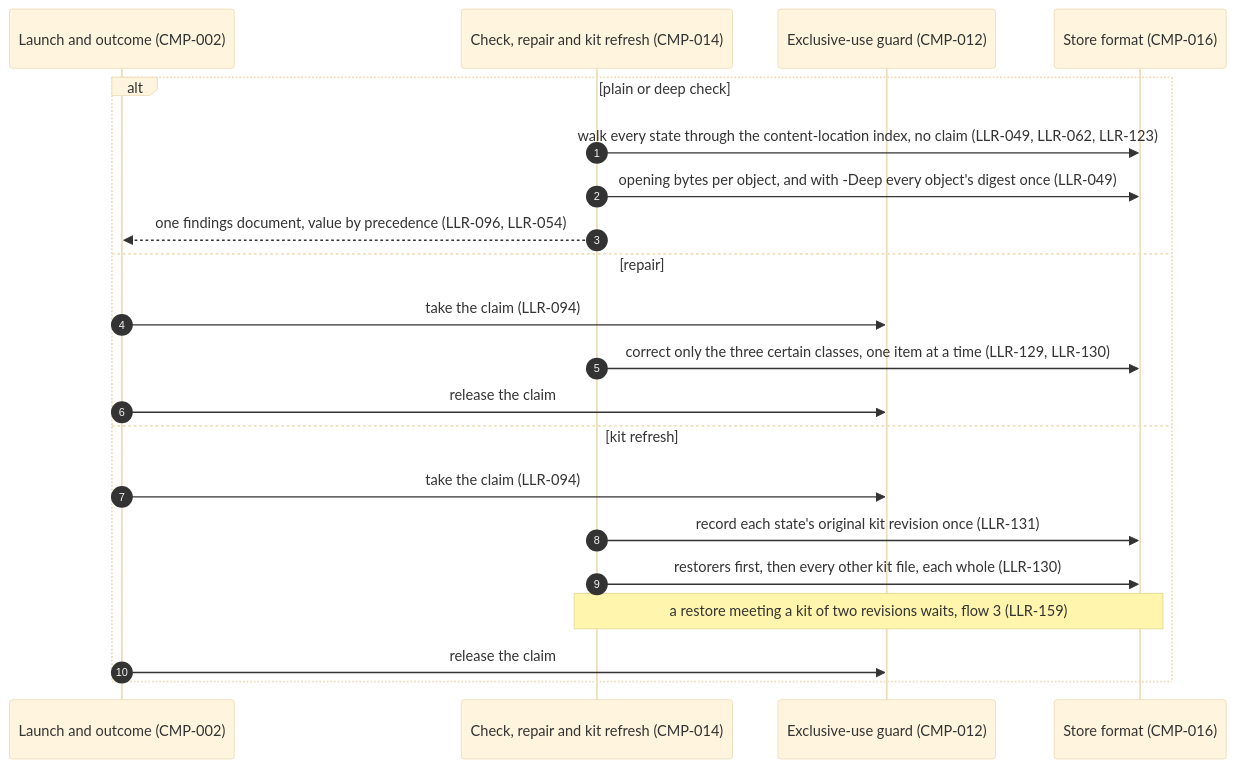
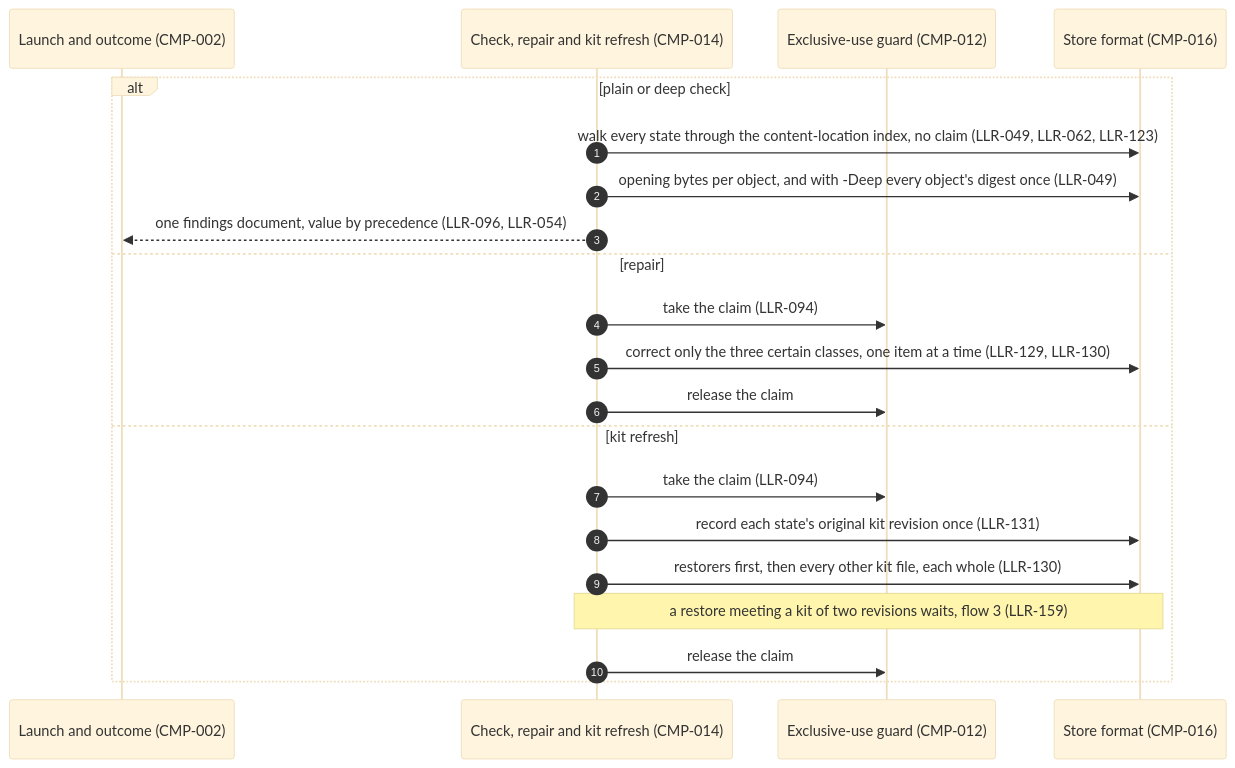
Before and after one commit to diytechy/FileBackup: the ninth of 10 diagrams in docs/runtime-flows.md, drawn with Mermaid (base theme). The commit also changed other lines of this file and 6 other files, not shown here.

````diff
--- a/docs/runtime-flows.md
+++ b/docs/runtime-flows.md
@@ -282,23 +300,23 @@
 ```mermaid
 sequenceDiagram
     autonumber
     participant Op as Launch and outcome (CMP-002)
     participant Chk as Check, repair and kit refresh (CMP-014)
     participant Guard as Exclusive-use guard (CMP-012)
     participant Store as Store format (CMP-016)
     alt plain or deep check
         Chk->>Store: walk every state through the content-location index, no claim (LLR-049, LLR-062, LLR-123)
         Chk->>Store: opening bytes per object, and with -Deep every object's digest once (LLR-049)
         Chk-->>Op: one findings document, value by precedence (LLR-096, LLR-054)
     else repair
-        Op->>Guard: take the claim (LLR-094)
+        Chk->>Guard: take the claim (LLR-094)
         Chk->>Store: correct only the three certain classes, one item at a time (LLR-129, LLR-130)
-        Op->>Guard: release the claim
+        Chk->>Guard: release the claim
     else kit refresh
-        Op->>Guard: take the claim (LLR-094)
+        Chk->>Guard: take the claim (LLR-094)
         Chk->>Store: record each state's original kit revision once (LLR-131)
         Chk->>Store: restorers first, then every other kit file, each whole (LLR-130)
         Note over Chk,Store: a restore meeting a kit of two revisions waits, flow 3 (LLR-159)
-        Op->>Guard: release the claim
+        Chk->>Guard: release the claim
     end
 ```
````
